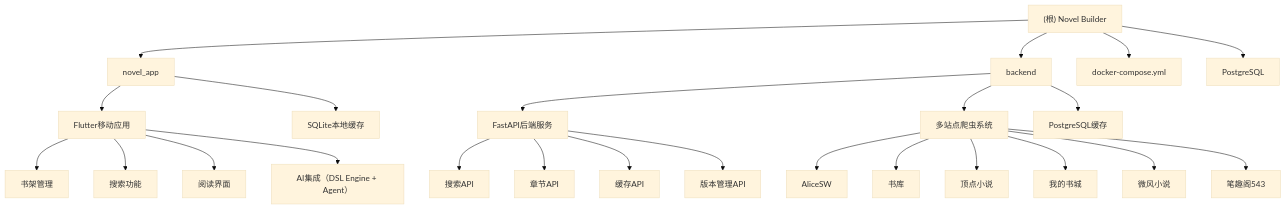
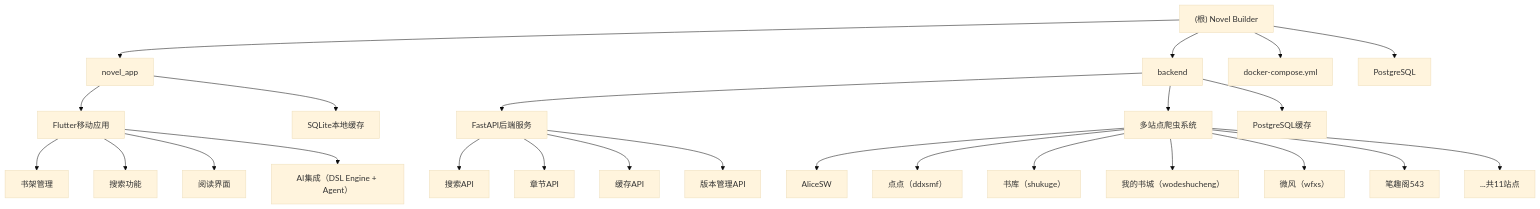
The diagram in CLAUDE.md (yunkst/novel_builder), drawn with Mermaid (base theme) before and after one commit. The commit also changed other lines of this file and 1 other file, not shown here.

````diff
--- a/CLAUDE.md
+++ b/CLAUDE.md
@@ -14,34 +15,35 @@
 ```mermaid
 graph TD
     A["(根) Novel Builder"] --> B["novel_app"];
     A --> C["backend"];
     A --> D["docker-compose.yml"];
     A --> E["PostgreSQL"];
 
     B --> F["Flutter移动应用"];
     B --> G["SQLite本地缓存"];
 
     C --> H["FastAPI后端服务"];
     C --> I["多站点爬虫系统"];
     C --> J["PostgreSQL缓存"];
 
     F --> K["书架管理"];
     F --> L["搜索功能"];
     F --> M["阅读界面"];
     F --> N["AI集成（DSL Engine + Agent）"];
 
     H --> O["搜索API"];
     H --> P["章节API"];
     H --> Q["缓存API"];
     H --> R["版本管理API"];
 
     I --> S["AliceSW"];
-    I --> T["书库"];
-    I --> U["顶点小说"];
-    I --> V["我的书城"];
-    I --> W["微风小说"];
+    I --> T["点点（ddxsmf）"];
+    I --> U["书库（shukuge）"];
+    I --> V["我的书城（wodeshucheng）"];
+    I --> W["微风（wfxs）"];
     I --> X["笔趣阁543"];
+    I --> Y["...共11站点"];
 
     click B "./novel_app/CLAUDE.md" "查看 Flutter 移动应用模块"
     click C "./backend/CLAUDE.md" "查看 Python 后端模块"
 ```
````
